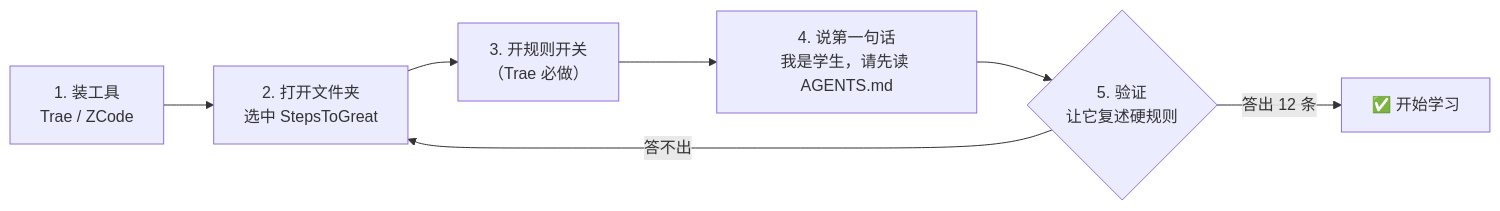
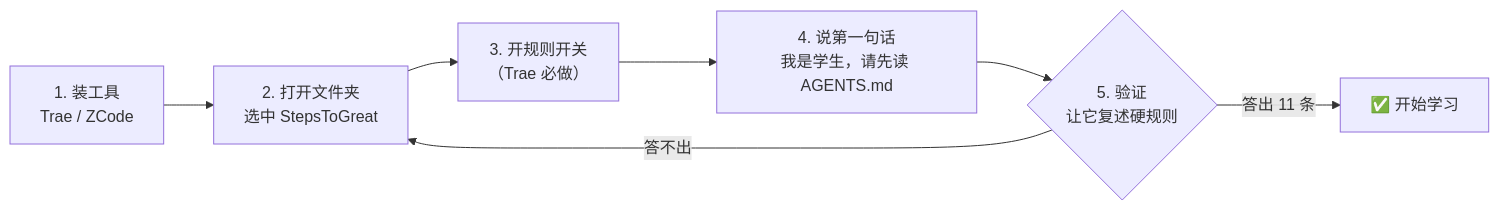
Before and after one commit to wildcat430524/StepsToGreat: the first of 3 diagrams in 教程/界面示意图.md, drawn with Mermaid. The commit also changed other lines of this file and 31 other files, not shown here.

````diff
--- a/教程/界面示意图.md
+++ b/教程/界面示意图.md
@@ -32,9 +32,9 @@
 ```mermaid
 flowchart LR
     A["1. 装工具<br/>Trae / ZCode"] --> B["2. 打开文件夹<br/>选中 StepsToGreat"]
     B --> C["3. 开规则开关<br/>（Trae 必做）"]
     C --> D["4. 说第一句话<br/>我是学生，请先读 AGENTS.md"]
     D --> E{"5. 验证<br/>让它复述硬规则"}
-    E -->|"答出 12 条"| F["✅ 开始学习"]
+    E -->|"答出 11 条"| F["✅ 开始学习"]
     E -->|"答不出"| B
 ```
````
